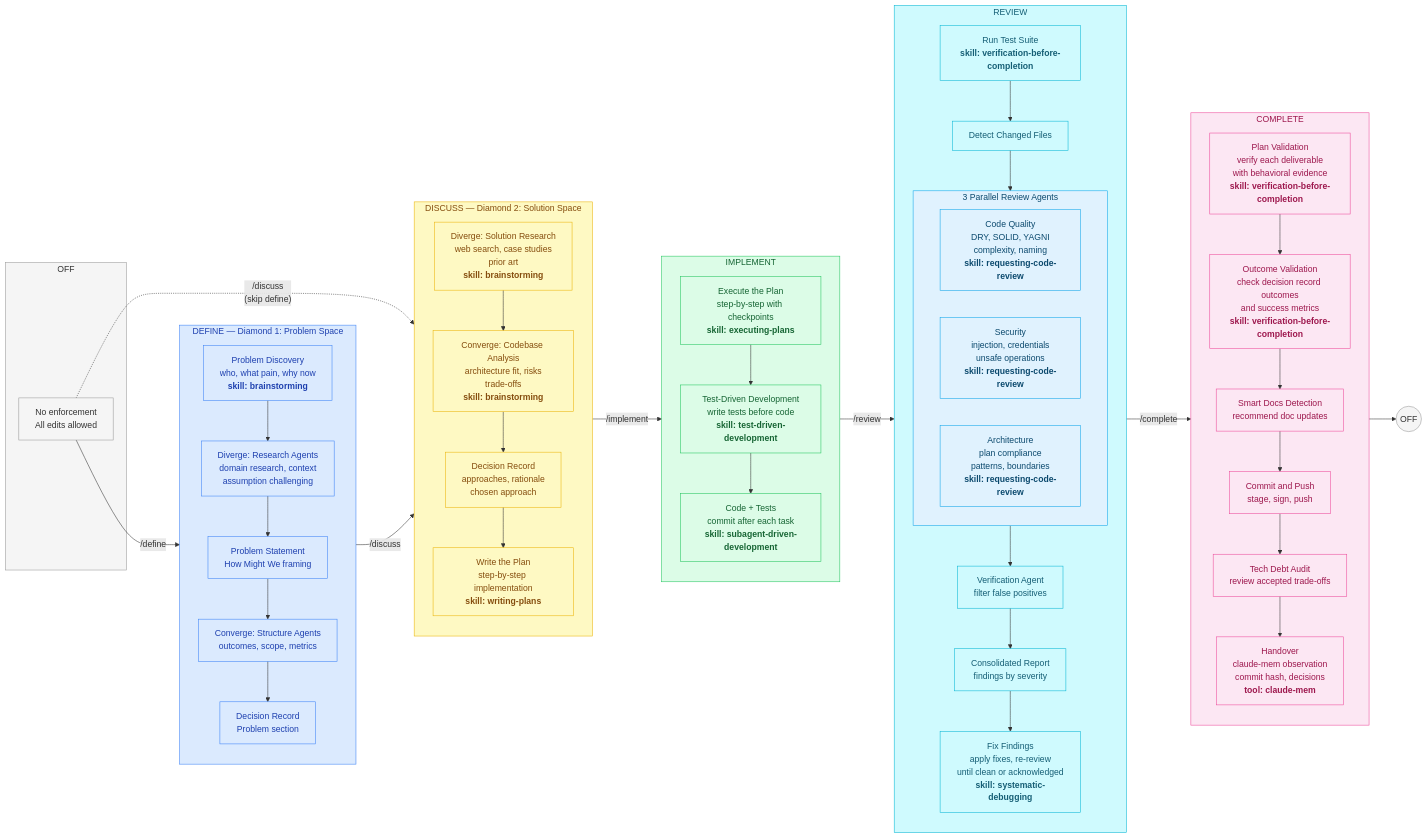
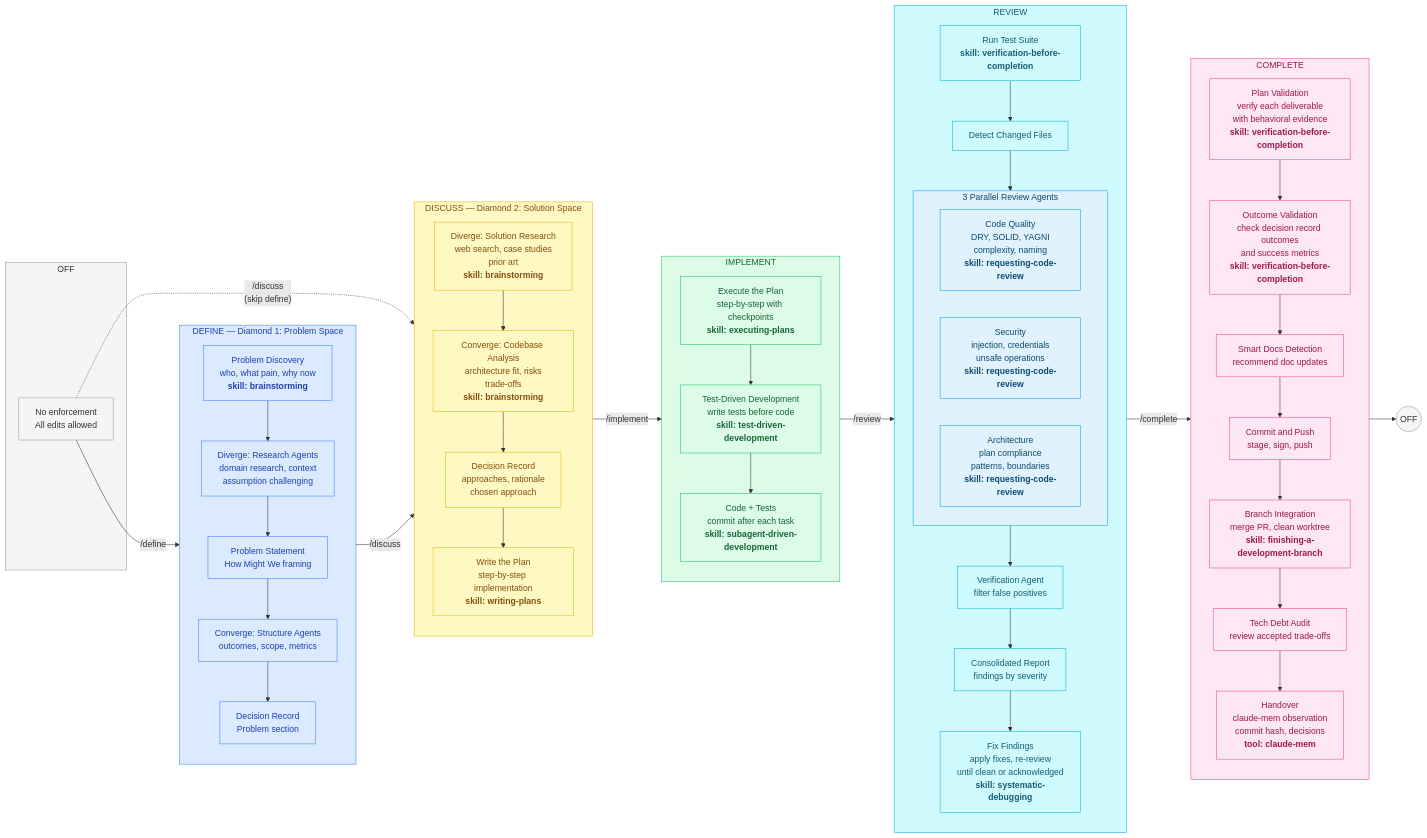
The diagram in README.md (azevedo-home-lab/claude-code-workflows), drawn with Mermaid before and after one commit. The commit also changed other lines of this file and 1 other file, not shown here.

Commit message:
feat: add branch integration step to /complete pipeline
Add Step 6 to complete.md: detect feature branch/worktree, use
superpowers:finishing-a-development-branch to present merge options
(PR, direct merge, or leave on branch), then clean up worktree.
Update README pipeline description and Mermaid diagram.
Pipeline is now 9 steps: validate → docs → commit → merge → tech debt → handover → OFF.

````diff
--- a/README.md
+++ b/README.md
@@ -82,9 +82,10 @@
         C2["Outcome Validation\ncheck decision record outcomes\nand success metrics\n<b>skill: verification-before-completion</b>"]
         C3["Smart Docs Detection\nrecommend doc updates"]
         C4["Commit and Push\nstage, sign, push"]
-        C5["Tech Debt Audit\nreview accepted trade-offs"]
-        C6["Handover\nclaude-mem observation\ncommit hash, decisions\n<b>tool: claude-mem</b>"]
-        C1 --> C2 --> C3 --> C4 --> C5 --> C6
+        C5["Branch Integration\nmerge PR, clean worktree\n<b>skill: finishing-a-development-branch</b>"]
+        C6["Tech Debt Audit\nreview accepted trade-offs"]
+        C7["Handover\nclaude-mem observation\ncommit hash, decisions\n<b>tool: claude-mem</b>"]
+        C1 --> C2 --> C3 --> C4 --> C5 --> C6 --> C7
     end
 
     OFF_END(("OFF"))
@@ -133,4 +134,5 @@
     style C4 fill:#fce7f3,stroke:#ec4899,color:#9d174d
     style C5 fill:#fce7f3,stroke:#ec4899,color:#9d174d
     style C6 fill:#fce7f3,stroke:#ec4899,color:#9d174d
+    style C7 fill:#fce7f3,stroke:#ec4899,color:#9d174d
 ```
````
